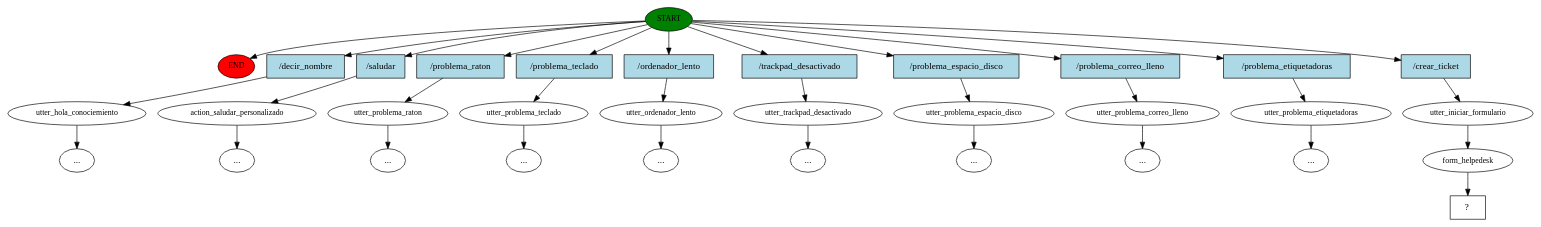
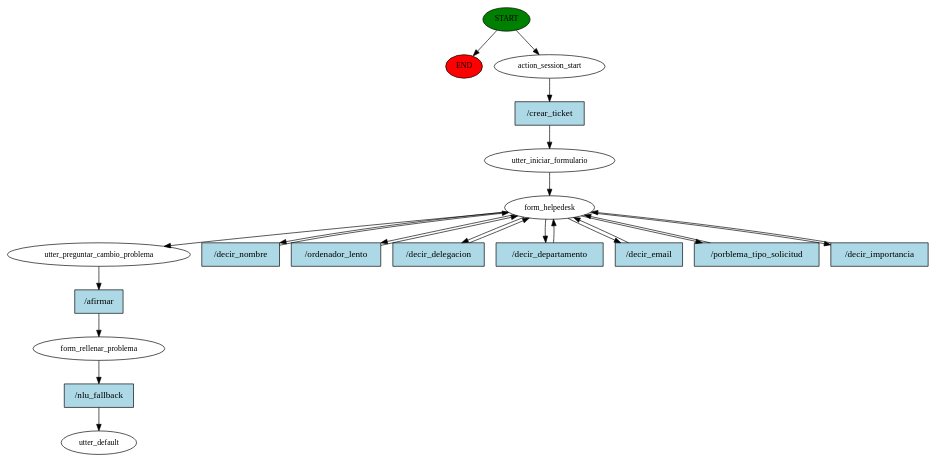
Before and after one commit to IgnacioJGE/Trabajo-Fin-de-Grado: the diagram in backend/story_graph.dot, drawn with Graphviz. The commit also changed 26 other files, not shown here.

```diff
--- a/backend/story_graph.dot
+++ b/backend/story_graph.dot
@@ -1,67 +1,44 @@
 digraph  {
 0 [class="start active", fillcolor=green, fontsize=12, label=START, style=filled];
 "-1" [class=end, fillcolor=red, fontsize=12, label=END, style=filled];
-1 [class="", fontsize=12, label=utter_hola_conociemiento];
-"-3" [class=ellipsis, label="..."];
-2 [class="", fontsize=12, label=action_saludar_personalizado];
-"-4" [class=ellipsis, label="..."];
-3 [class="", fontsize=12, label=utter_problema_raton];
-"-5" [class=ellipsis, label="..."];
-4 [class="", fontsize=12, label=utter_problema_teclado];
-"-6" [class=ellipsis, label="..."];
-5 [class="", fontsize=12, label=utter_ordenador_lento];
-"-7" [class=ellipsis, label="..."];
-6 [class="", fontsize=12, label=utter_trackpad_desactivado];
-"-8" [class=ellipsis, label="..."];
-7 [class="", fontsize=12, label=utter_problema_espacio_disco];
-"-9" [class=ellipsis, label="..."];
-8 [class="", fontsize=12, label=utter_problema_correo_lleno];
-"-10" [class=ellipsis, label="..."];
-9 [class="", fontsize=12, label=utter_problema_etiquetadoras];
-"-11" [class=ellipsis, label="..."];
-10 [class=active, fontsize=12, label=utter_iniciar_formulario];
-11 [class=active, fontsize=12, label=form_helpedesk];
-12 [class="intent dashed active", label="  ?  ", shape=rect];
-13 [class=intent, fillcolor=lightblue, label="/decir_nombre", shape=rect, style=filled];
-14 [class=intent, fillcolor=lightblue, label="/saludar", shape=rect, style=filled];
-15 [class=intent, fillcolor=lightblue, label="/problema_raton", shape=rect, style=filled];
-16 [class=intent, fillcolor=lightblue, label="/problema_teclado", shape=rect, style=filled];
-17 [class=intent, fillcolor=lightblue, label="/ordenador_lento", shape=rect, style=filled];
-18 [class=intent, fillcolor=lightblue, label="/trackpad_desactivado", shape=rect, style=filled];
-19 [class=intent, fillcolor=lightblue, label="/problema_espacio_disco", shape=rect, style=filled];
-20 [class=intent, fillcolor=lightblue, label="/problema_correo_lleno", shape=rect, style=filled];
-21 [class=intent, fillcolor=lightblue, label="/problema_etiquetadoras", shape=rect, style=filled];
-22 [class="intent active", fillcolor=lightblue, label="/crear_ticket", shape=rect, style=filled];
+1 [class=active, fontsize=12, label=action_session_start];
+2 [class=active, fontsize=12, label=utter_iniciar_formulario];
+3 [class=active, fontsize=12, label=form_helpedesk];
+11 [class=active, fontsize=12, label=utter_preguntar_cambio_problema];
+12 [class=active, fontsize=12, label=form_rellenar_problema];
+13 [class="dashed active", fontsize=12, label=utter_default];
+14 [class="intent active", fillcolor=lightblue, label="/crear_ticket", shape=rect, style=filled];
+15 [class="intent active", fillcolor=lightblue, label="/decir_nombre", shape=rect, style=filled];
+16 [class="intent active", fillcolor=lightblue, label="/ordenador_lento", shape=rect, style=filled];
+17 [class="intent active", fillcolor=lightblue, label="/decir_delegacion", shape=rect, style=filled];
+18 [class="intent active", fillcolor=lightblue, label="/decir_departamento", shape=rect, style=filled];
+19 [class="intent active", fillcolor=lightblue, label="/decir_email", shape=rect, style=filled];
+20 [class="intent active", fillcolor=lightblue, label="/porblema_tipo_solicitud", shape=rect, style=filled];
+21 [class="intent active", fillcolor=lightblue, label="/decir_importancia", shape=rect, style=filled];
+22 [class="intent active", fillcolor=lightblue, label="/afirmar", shape=rect, style=filled];
+23 [class="intent active", fillcolor=lightblue, label="/nlu_fallback", shape=rect, style=filled];
 0 -> "-1"  [class="", key=NONE, label=""];
-0 -> 13  [class="", key=0];
-0 -> 14  [class="", key=0];
-0 -> 15  [class="", key=0];
-0 -> 16  [class="", key=0];
-0 -> 17  [class="", key=0];
-0 -> 18  [class="", key=0];
-0 -> 19  [class="", key=0];
-0 -> 20  [class="", key=0];
-0 -> 21  [class="", key=0];
-0 -> 22  [class=active, key=0];
-1 -> "-3"  [class="", key=NONE, label=""];
-2 -> "-4"  [class="", key=NONE, label=""];
-3 -> "-5"  [class="", key=NONE, label=""];
-4 -> "-6"  [class="", key=NONE, label=""];
-5 -> "-7"  [class="", key=NONE, label=""];
-6 -> "-8"  [class="", key=NONE, label=""];
-7 -> "-9"  [class="", key=NONE, label=""];
-8 -> "-10"  [class="", key=NONE, label=""];
-9 -> "-11"  [class="", key=NONE, label=""];
-10 -> 11  [class=active, key=NONE, label=""];
-11 -> 12  [class=active, key=NONE, label=""];
-13 -> 1  [class="", key=0];
-14 -> 2  [class="", key=0];
-15 -> 3  [class="", key=0];
-16 -> 4  [class="", key=0];
-17 -> 5  [class="", key=0];
-18 -> 6  [class="", key=0];
-19 -> 7  [class="", key=0];
-20 -> 8  [class="", key=0];
-21 -> 9  [class="", key=0];
-22 -> 10  [class=active, key=0];
+0 -> 1  [class=active, key=NONE, label=""];
+1 -> 14  [class=active, key=0];
+2 -> 3  [class=active, key=NONE, label=""];
+3 -> 11  [class=active, key=NONE, label=""];
+3 -> 15  [class=active, key=0];
+3 -> 16  [class=active, key=0];
+3 -> 17  [class=active, key=0];
+3 -> 18  [class=active, key=0];
+3 -> 19  [class=active, key=0];
+3 -> 20  [class=active, key=0];
+3 -> 21  [class=active, key=0];
+11 -> 22  [class=active, key=0];
+12 -> 23  [class=active, key=0];
+14 -> 2  [class=active, key=0];
+15 -> 3  [class=active, key=0];
+16 -> 3  [class=active, key=0];
+17 -> 3  [class=active, key=0];
+18 -> 3  [class=active, key=0];
+19 -> 3  [class=active, key=0];
+20 -> 3  [class=active, key=0];
+21 -> 3  [class=active, key=0];
+22 -> 12  [class=active, key=0];
+23 -> 13  [class=active, key=0];
 }
```
